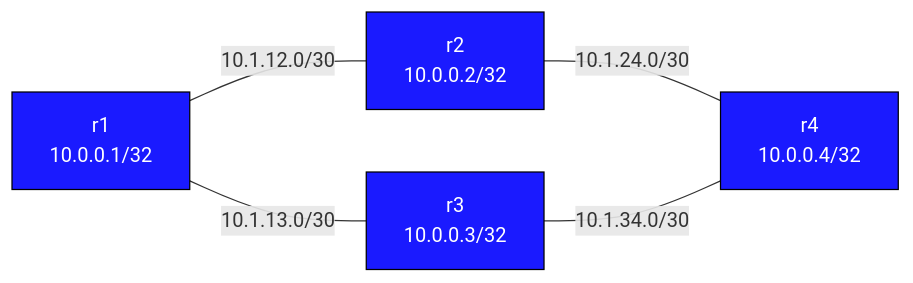
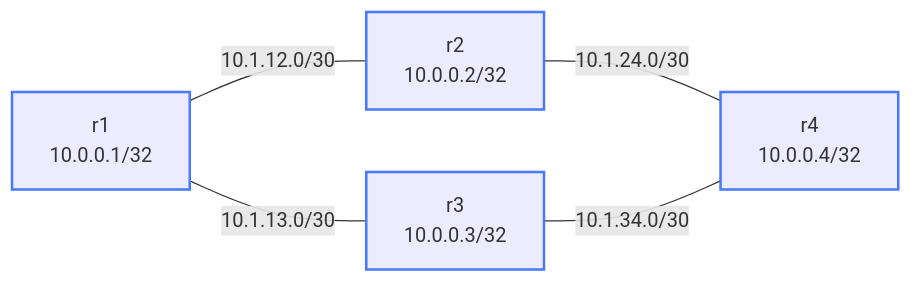
The diagram in labs/debug-eigrp-basics/README.md (jschless/networkingLabs), drawn with Mermaid before and after one commit. The commit also changed 250 other files, not shown here.

Commit message:
Fix unreadable topology diagrams, convert ASCII art, publish assessments (#57)

````diff
--- a/labs/debug-eigrp-basics/README.md
+++ b/labs/debug-eigrp-basics/README.md
@@ -24,15 +24,15 @@
 ```mermaid
 flowchart LR
-    r1["r1\n10.0.0.1/32"]
-    r2["r2\n10.0.0.2/32"]
-    r3["r3\n10.0.0.3/32"]
-    r4["r4\n10.0.0.4/32"]
+    r1["r1<br/>10.0.0.1/32"]
+    r2["r2<br/>10.0.0.2/32"]
+    r3["r3<br/>10.0.0.3/32"]
+    r4["r4<br/>10.0.0.4/32"]
 
     r1 -- "10.1.12.0/30" --- r2
     r1 -- "10.1.13.0/30" --- r3
     r2 -- "10.1.24.0/30" --- r4
     r3 -- "10.1.34.0/30" --- r4
 
-    classDef router fill:#1a1aff,color:#fff,stroke:#000
+    classDef router stroke:#4778ff,stroke-width:2px
     class r1,r2,r3,r4 router
 ```
````
